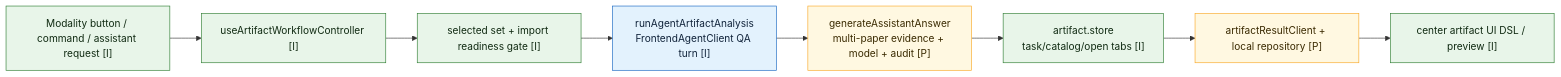
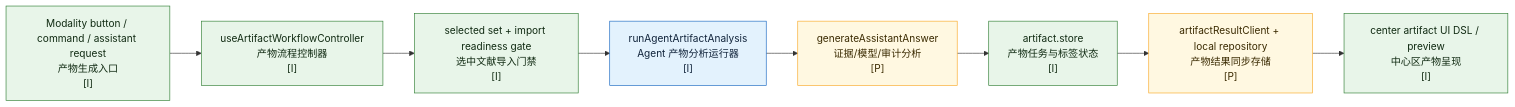
One commit to Hash012/Liteasy changed the sixth of 6 diagrams in project-docs/engineering/agent-architecture-audit.md. Above: the diagram before and after it, drawn with Mermaid. The commit also changed other lines of this file and 8 other files, not shown here.

````diff
--- a/project-docs/engineering/agent-architecture-audit.md
+++ b/project-docs/engineering/agent-architecture-audit.md
@@ -262,17 +259,17 @@
 ```mermaid
 flowchart LR
   classDef implemented fill:#e8f5e9,stroke:#2e7d32,color:#102a12
   classDef partial fill:#fff8e1,stroke:#f9a825,color:#3a2a00
   classDef boundary fill:#e3f2fd,stroke:#1565c0,color:#10233a
 
-  Button["Modality button / command / assistant request [I]"]:::implemented
-  Controller["useArtifactWorkflowController [I]"]:::implemented
-  ImportGate["selected set + import readiness gate [I]"]:::implemented
-  AgentRun["runAgentArtifactAnalysis<br/>FrontendAgentClient QA turn [I]"]:::boundary
-  Analysis["generateAssistantAnswer<br/>multi-paper evidence + model + audit [P]"]:::partial
-  Store["artifact.store<br/>task/catalog/open tabs [I]"]:::implemented
-  Result["artifactResultClient + local repository [P]"]:::partial
-  CenterUi["center artifact UI DSL / preview [I]"]:::implemented
+  Button["Modality button / command / assistant request<br/>产物生成入口<br/>[I]"]:::implemented
+  Controller["useArtifactWorkflowController<br/>产物流程控制器<br/>[I]"]:::implemented
+  ImportGate["selected set + import readiness gate<br/>选中文献导入门禁<br/>[I]"]:::implemented
+  AgentRun["runAgentArtifactAnalysis<br/>Agent 产物分析运行器<br/>[I]"]:::boundary
+  Analysis["generateAssistantAnswer<br/>证据/模型/审计分析<br/>[P]"]:::partial
+  Store["artifact.store<br/>产物任务与标签状态<br/>[I]"]:::implemented
+  Result["artifactResultClient + local repository<br/>产物结果同步存储<br/>[P]"]:::partial
+  CenterUi["center artifact UI DSL / preview<br/>中心区产物呈现<br/>[I]"]:::implemented
 
   Button --> Controller --> ImportGate --> AgentRun --> Analysis --> Store --> Result --> CenterUi
 ```
````
